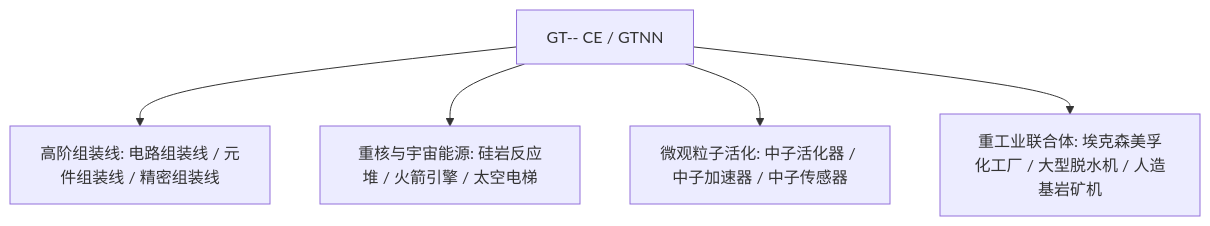
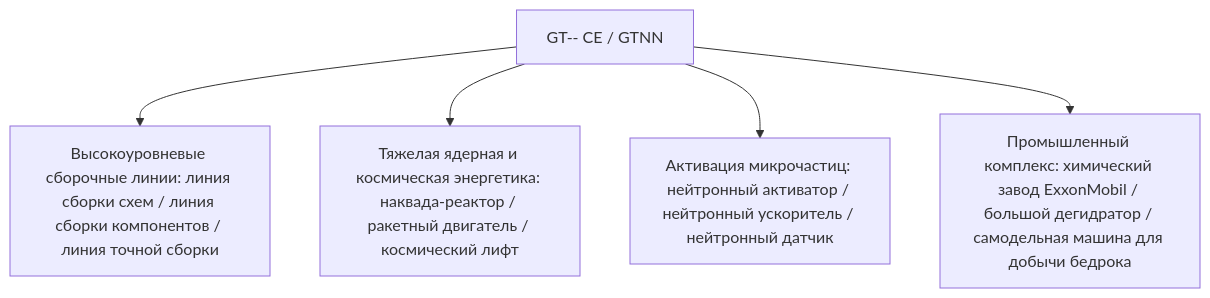
One commit to takanashisatou/GregtechEasy-Docs changed the diagram in docs/ru/gt-minus-minus/index.md. Above: the diagram before and after it, drawn with Mermaid. The commit also changed other lines of this file and 99 other files, not shown here.

````diff
--- a/docs/ru/gt-minus-minus/index.md
+++ b/docs/ru/gt-minus-minus/index.md
@@ -12,7 +12,7 @@
 ```mermaid
 graph TD
-    A[GT-- CE / GTNN] --> B[高阶组装线: 电路组装线 / 元件组装线 / 精密组装线]
-    A --> C[重核与宇宙能源: 硅岩反应堆 / 火箭引擎 / 太空电梯]
-    A --> D[微观粒子活化: 中子活化器 / 中子加速器 / 中子传感器]
-    A --> E[重工业联合体: 埃克森美孚化工厂 / 大型脱水机 / 人造基岩矿机]
+    A[GT-- CE / GTNN] --> B[Высокоуровневые сборочные линии: линия сборки схем / линия сборки компонентов / линия точной сборки]
+    A --> C[Тяжелая ядерная и космическая энергетика: наквада-реактор / ракетный двигатель / космический лифт]
+    A --> D[Активация микрочастиц: нейтронный активатор / нейтронный ускоритель / нейтронный датчик]
+    A --> E[Промышленный комплекс: химический завод ExxonMobil / большой дегидратор / самодельная машина для добычи бедрока]
 ```
````
